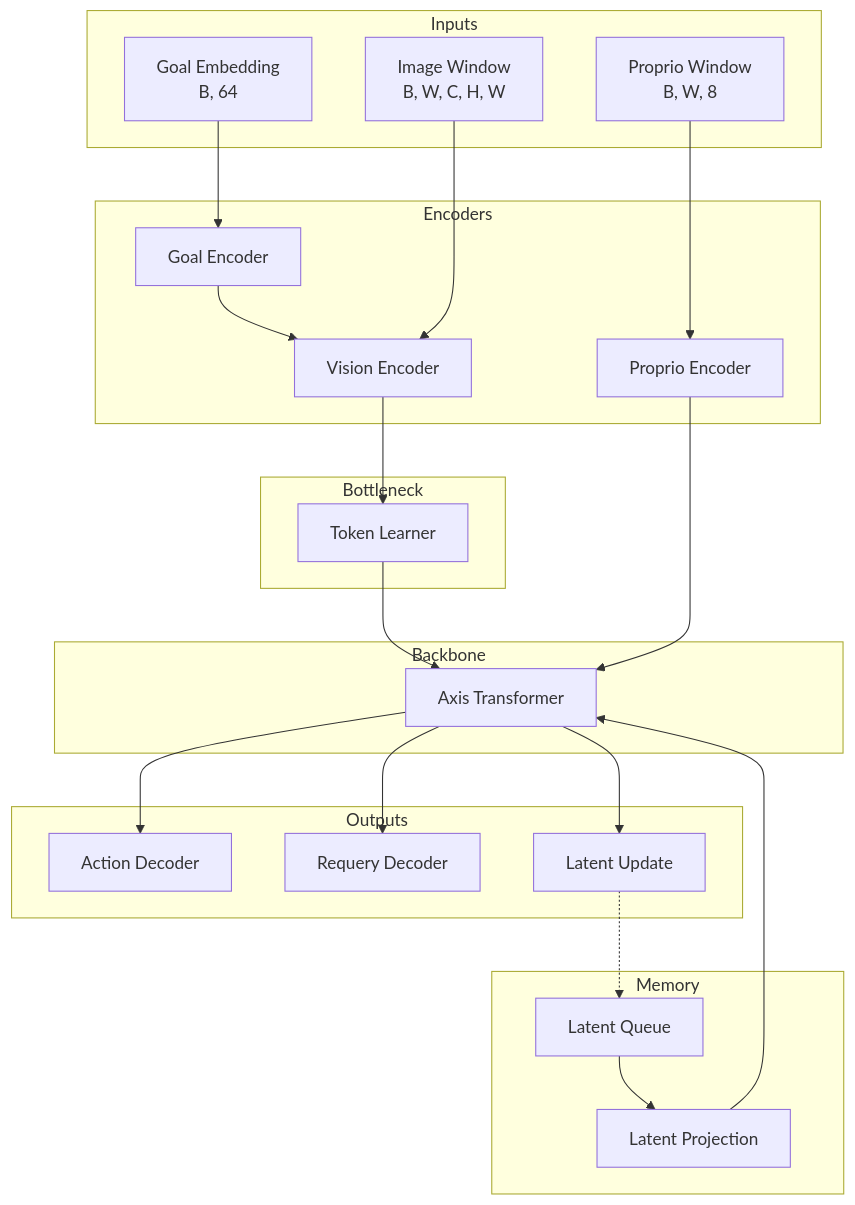
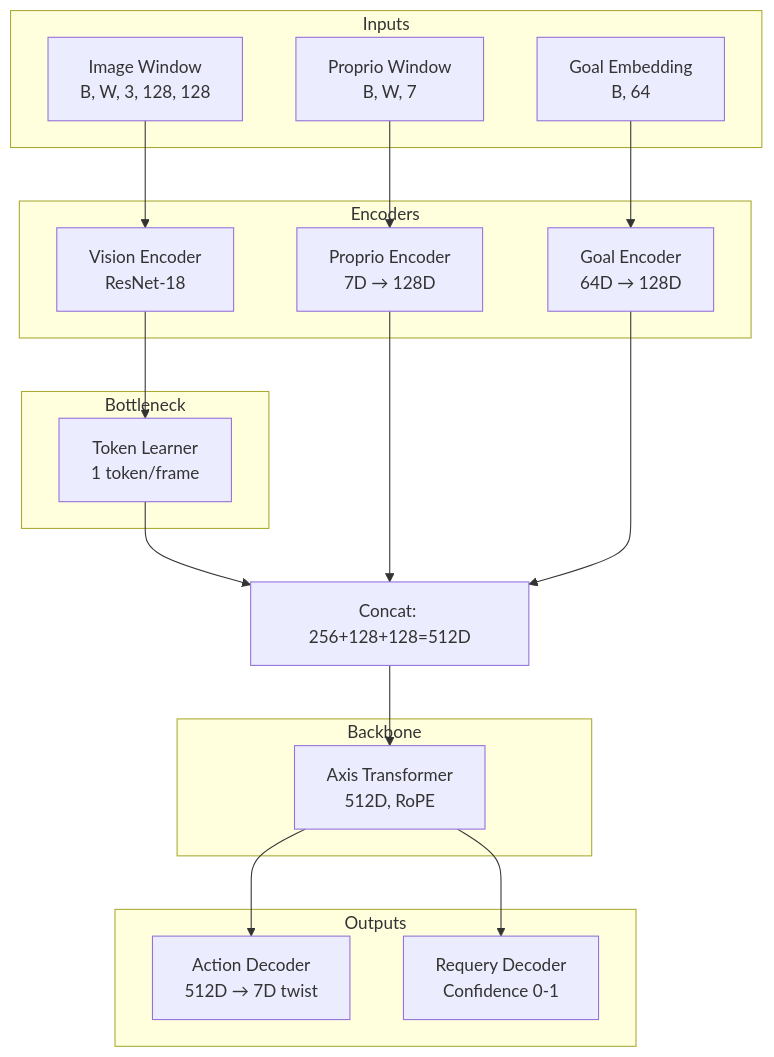
Before and after one commit to Thoooomas14/Axis: the diagram in docs/model_design.md, drawn with Mermaid. The commit also changed other lines of this file and 28 other files, not shown here.

````diff
--- a/docs/model_design.md
+++ b/docs/model_design.md
@@ -17,49 +15,39 @@
 ```mermaid
 graph TD
     subgraph Inputs
-        Img[Image Window<br/>B, W, C, H, W]
-        Prop[Proprio Window<br/>B, W, 8]
+        Img[Image Window<br/>B, W, 3, 128, 128]
+        Prop[Proprio Window<br/>B, W, 7]
         Goal[Goal Embedding<br/>B, 64]
     end
 
     subgraph Encoders
-        VE[Vision Encoder]
-        GE[Goal Encoder]
-        PE[Proprio Encoder]
+        VE[Vision Encoder<br/>ResNet-18]
+        PE[Proprio Encoder<br/>7D → 128D]
+        GE[Goal Encoder<br/>64D → 128D]
     end
 
     subgraph Bottleneck
-        TL[Token Learner]
-    end
-
-    subgraph Memory
-        LQ[Latent Queue]
-        LP[Latent Projection]
+        TL[Token Learner<br/>1 token/frame]
     end
 
     subgraph Backbone
-        T[Axis Transformer]
+        T[Axis Transformer<br/>512D, RoPE]
     end
 
     subgraph Outputs
-        AD[Action Decoder]
-        RD[Requery Decoder]
-        L_Out[Latent Update]
+        AD[Action Decoder<br/>512D → 7D twist]
+        RD[Requery Decoder<br/>Confidence 0-1]
     end
 
-    Goal --> GE
-    GE --> VE
     Img --> VE --> TL
     Prop --> PE
+    Goal --> GE
     
-    LQ --> LP
-    
-    TL --> T
-    PE --> T
-    LP --> T
+    TL --> Concat
+    PE --> Concat
+    GE --> Concat
+    Concat[Concat: 256+128+128=512D] --> T
     
     T --> AD
     T --> RD
-    T --> L_Out
-    L_Out -.-> LQ
 ```
````
